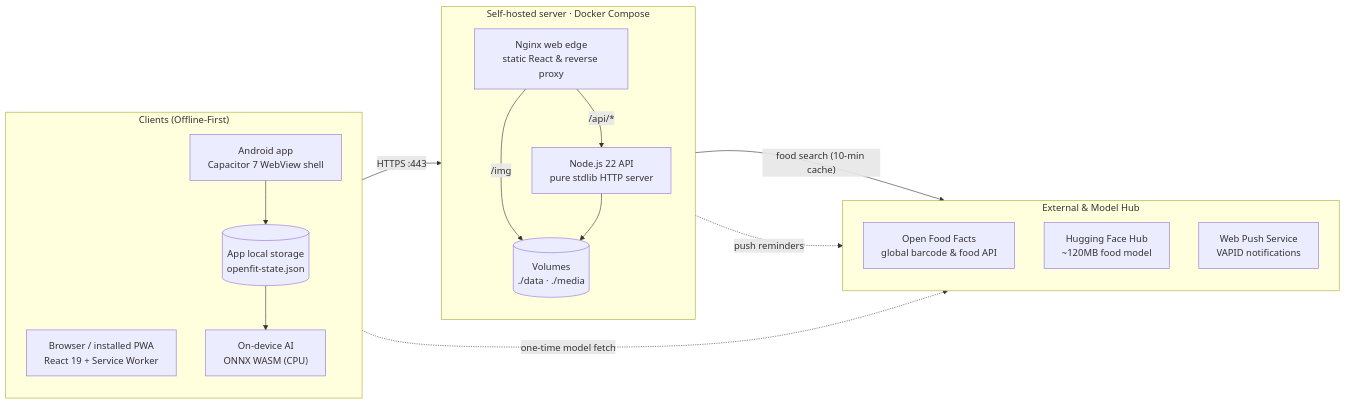
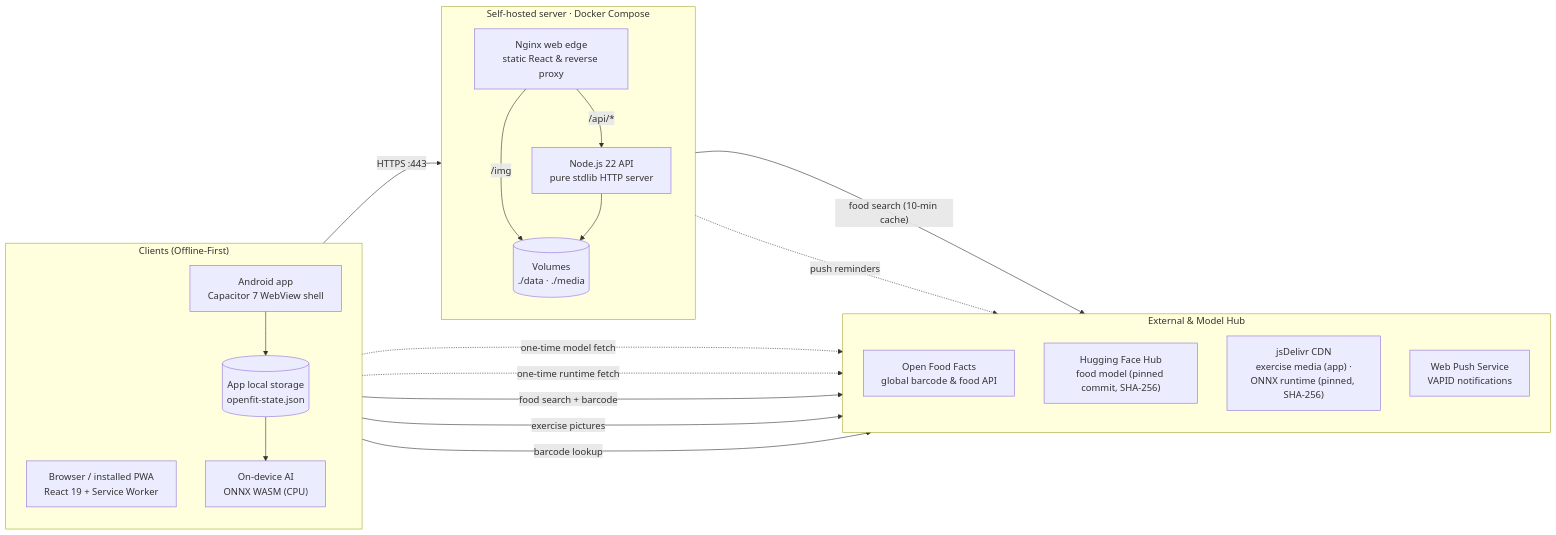
Before and after one commit to rupal2k/openfit: the first of 3 diagrams in docs/ARCHITECTURE.md, drawn with Mermaid. The commit also changed other lines of this file and 6 other files, not shown here.

````diff
--- a/docs/ARCHITECTURE.md
+++ b/docs/ARCHITECTURE.md
@@ -18,34 +18,39 @@
 ```mermaid
 flowchart LR
     subgraph CLIENTS["Clients (Offline-First)"]
         direction TB
         BROWSER["Browser / installed PWA<br/>React 19 + Service Worker"]
         ANDROID["Android app<br/>Capacitor 7 WebView shell"]
         STORE[("App local storage<br/>openfit-state.json")]
         ONNX["On-device AI<br/>ONNX WASM (CPU)"]
         ANDROID --> STORE
         STORE --> ONNX
     end
 
     subgraph SERVER["Self-hosted server · Docker Compose"]
         direction TB
         WEBC["Nginx web edge<br/>static React & reverse proxy"]
         APIC["Node.js 22 API<br/>pure stdlib HTTP server"]
         VOL[("Volumes<br/>./data · ./media")]
         WEBC -->|"/img"| VOL
         WEBC -->|"/api/*"| APIC
         APIC --> VOL
     end
 
     subgraph EXT["External & Model Hub"]
         direction TB
         OFF["Open Food Facts<br/>global barcode & food API"]
-        HF["Hugging Face Hub<br/>~120MB food model"]
+        HF["Hugging Face Hub<br/>food model (pinned commit, SHA-256)"]
+        JSD["jsDelivr CDN<br/>exercise media (app) ·<br/>ONNX runtime (pinned, SHA-256)"]
         PUSH["Web Push Service<br/>VAPID notifications"]
     end
 
     BROWSER -->|HTTPS :443| WEBC
     APIC -->|"food search (10-min cache)"| OFF
     APIC -.->|"push reminders"| PUSH
     ONNX -.->|"one-time model fetch"| HF
+    ONNX -.->|"one-time runtime fetch"| JSD
+    ANDROID -->|"food search + barcode"| OFF
+    ANDROID -->|"exercise pictures"| JSD
+    BROWSER -->|"barcode lookup"| OFF
 ```
````
